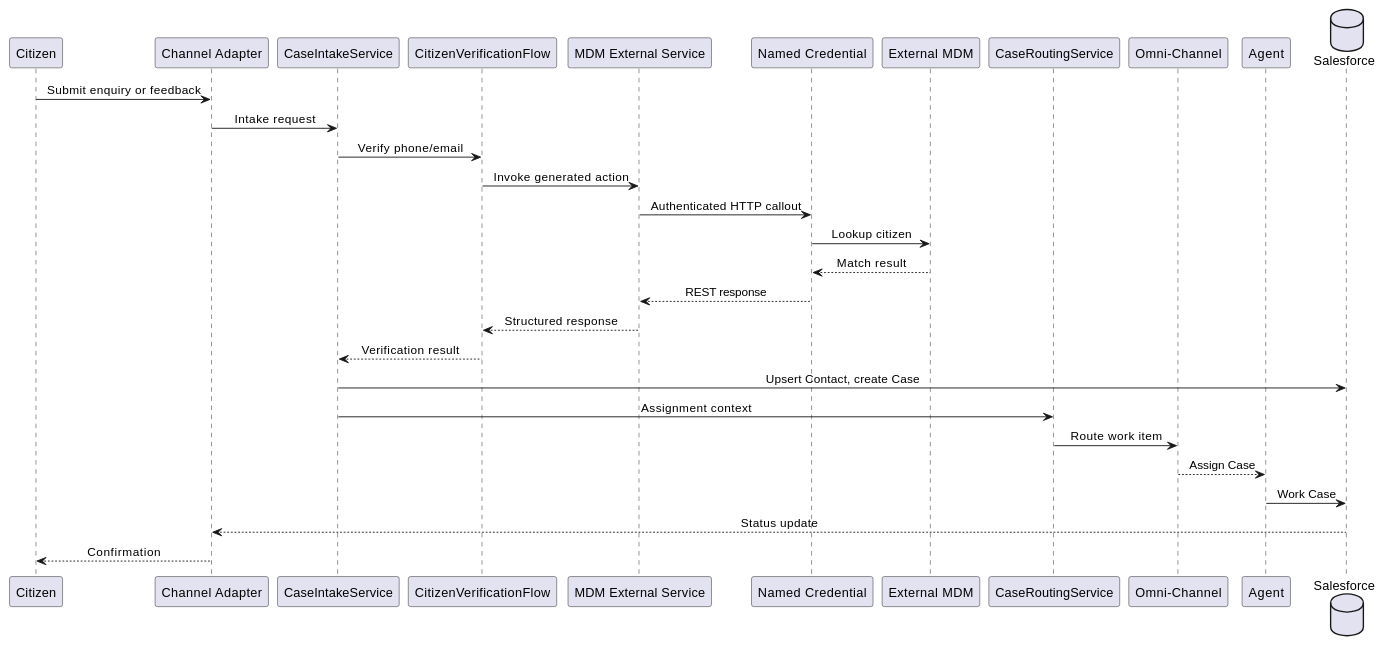
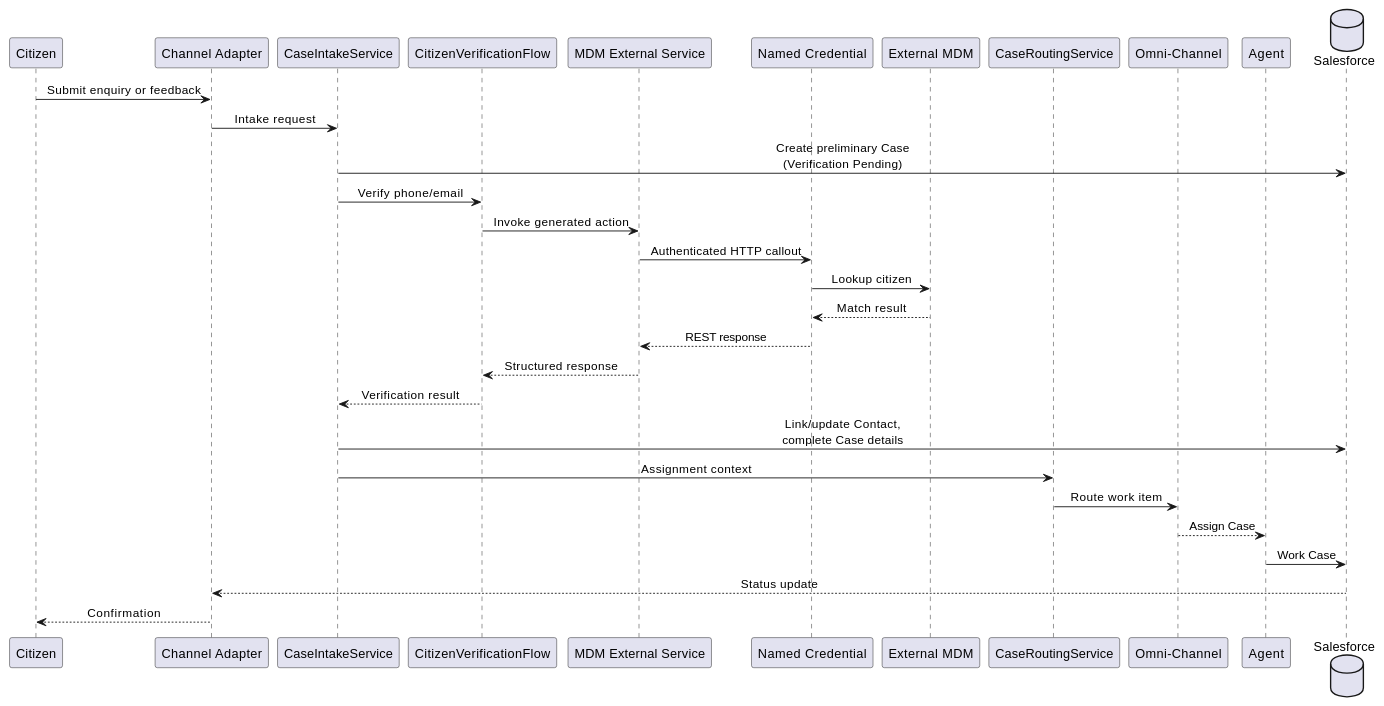
One commit to jimmytobing/virtusa changed diagram 13 of 26 in doc/SADD Task 2.md. Above: the diagram before and after it, drawn with PlantUML. The commit also changed other lines of this file and 9 other files, not shown here.

````diff
--- a/doc/SADD Task 2.md
+++ b/doc/SADD Task 2.md
@@ -761,36 +785,37 @@
 ```plantuml
 @startuml
 skinparam sequenceMessageAlign center
 
 participant Citizen
 participant "Channel Adapter" as Channel
 participant CaseIntakeService
 participant CitizenVerificationFlow
 participant "MDM External Service" as ExternalService
 participant "Named Credential" as NamedCredential
 participant "External MDM" as MDM
 participant CaseRoutingService
 participant "Omni-Channel" as Omni
 participant Agent
 database Salesforce
 
 Citizen -> Channel : Submit enquiry or feedback
 Channel -> CaseIntakeService : Intake request
+CaseIntakeService -> Salesforce : Create preliminary Case\n(Verification Pending)
 CaseIntakeService -> CitizenVerificationFlow : Verify phone/email
 CitizenVerificationFlow -> ExternalService : Invoke generated action
 ExternalService -> NamedCredential : Authenticated HTTP callout
 NamedCredential -> MDM : Lookup citizen
 MDM --> NamedCredential : Match result
 NamedCredential --> ExternalService : REST response
 ExternalService --> CitizenVerificationFlow : Structured response
 CitizenVerificationFlow --> CaseIntakeService : Verification result
-CaseIntakeService -> Salesforce : Upsert Contact, create Case
+CaseIntakeService -> Salesforce : Link/update Contact,\ncomplete Case details
 CaseIntakeService -> CaseRoutingService : Assignment context
 CaseRoutingService -> Omni : Route work item
 Omni --> Agent : Assign Case
 Agent -> Salesforce : Work Case
 Salesforce --> Channel : Status update
 Channel --> Citizen : Confirmation
 
 @enduml
 ```
````
